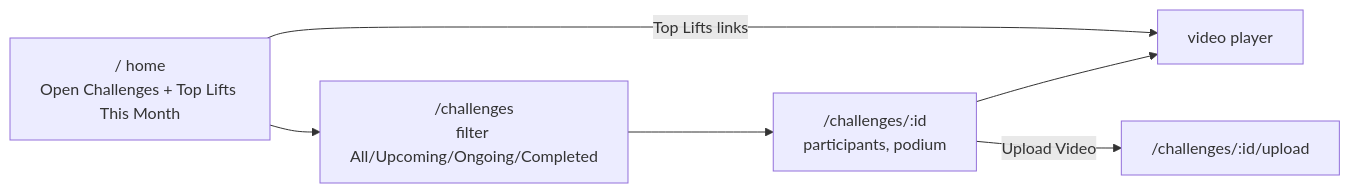
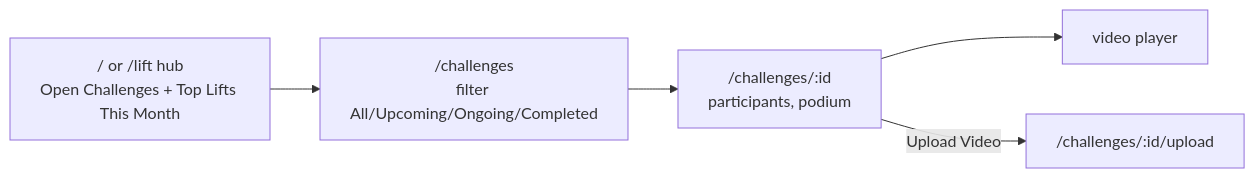
Before and after one commit to robert23kim/toms-gym: the third of 6 diagrams in docs/site-map/README.md, drawn with Mermaid. The commit also changed other lines of this file and 14 other files, not shown here.

First line of the commit message:
docs(site-map): refresh production walk for shipped UX roadmap

````diff
--- a/docs/site-map/README.md
+++ b/docs/site-map/README.md
@@ -63,8 +89,7 @@
 ```mermaid
 flowchart LR
-    H["/ home\nOpen Challenges + Top Lifts This Month"] --> CL["/challenges\nfilter All/Upcoming/Ongoing/Completed"]
+    H["/ or /lift hub\nOpen Challenges + Top Lifts This Month"] --> CL["/challenges\nfilter All/Upcoming/Ongoing/Completed"]
     CL --> CD["/challenges/:id\nparticipants, podium"]
-    H -->|Top Lifts links| VP[video player]
-    CD --> VP
+    CD --> VP[video player]
     CD -->|Upload Video| U["/challenges/:id/upload"]
 ```
````
